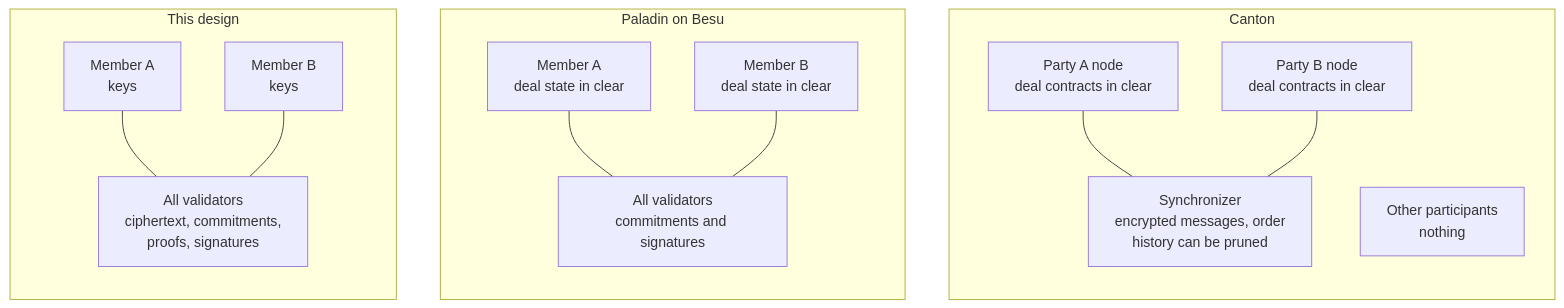
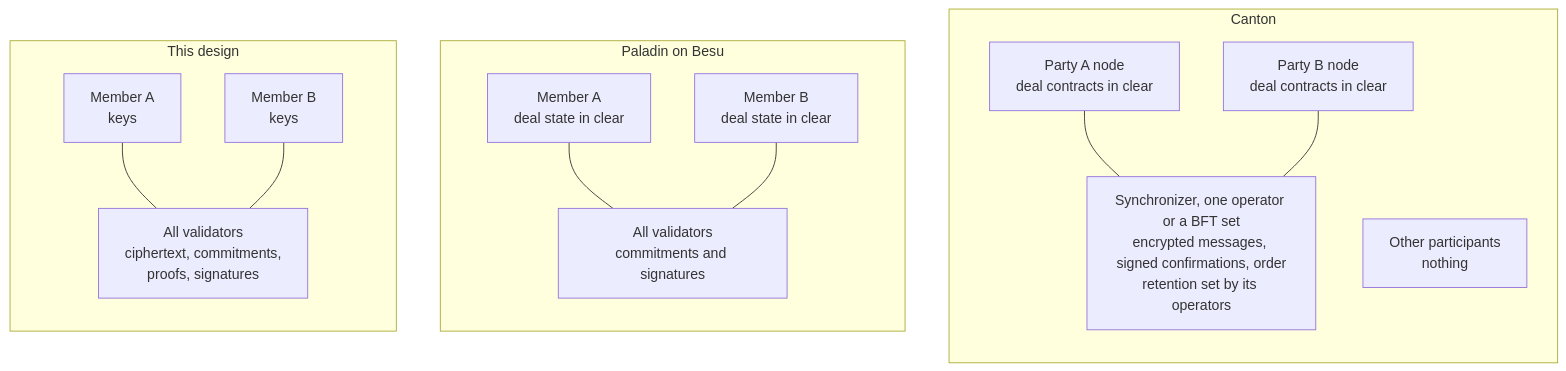
Before and after one commit to finos-hack/cdm-collateral: the first of 9 diagrams in docs/architecture/onchain-privacy.md, drawn with Mermaid. The commit also changed other lines of this file, not shown here.

````diff
--- a/docs/architecture/onchain-privacy.md
+++ b/docs/architecture/onchain-privacy.md
@@ -137,28 +138,28 @@
 ```mermaid
 flowchart TB
   subgraph canton["Canton"]
     direction TB
     CA["Party A node<br/>deal contracts in clear"]
     CB["Party B node<br/>deal contracts in clear"]
-    CS["Synchronizer<br/>encrypted messages, order<br/>history can be pruned"]
+    CS["Synchronizer, one operator or a BFT set<br/>encrypted messages, signed confirmations, order<br/>retention set by its operators"]
     CO["Other participants<br/>nothing"]
     CA --- CS
     CB --- CS
   end
   subgraph paladin["Paladin on Besu"]
     direction TB
     PA["Member A<br/>deal state in clear"]
     PB["Member B<br/>deal state in clear"]
     PV["All validators<br/>commitments and signatures"]
     PA --- PV
     PB --- PV
   end
   subgraph design["This design"]
     direction TB
     DA["Member A<br/>keys"]
     DB["Member B<br/>keys"]
     DV["All validators<br/>ciphertext, commitments,<br/>proofs, signatures"]
     DA --- DV
     DB --- DV
   end
 ```
````
